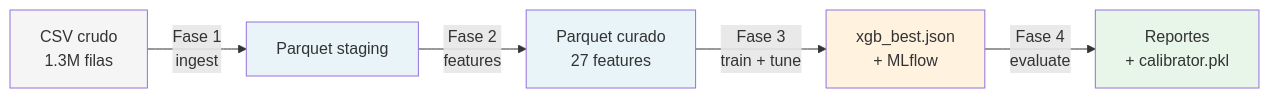
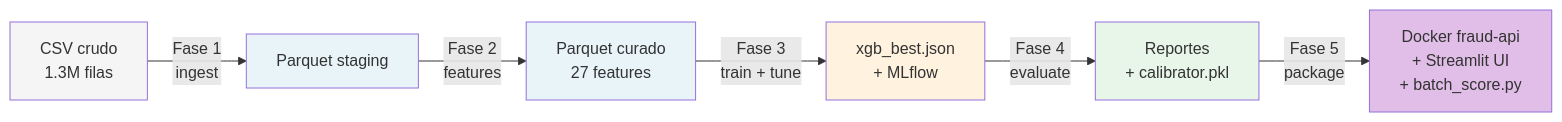
The first of 4 diagrams in docs/methodology.md (Nike2004A/fraud_transactions), drawn with Mermaid before and after one commit. The commit also changed other lines of this file and 27 other files, not shown here.

First line of the commit message:
Fase 5 — Packaging: API Docker + UI Streamlit + batch scoring

````diff
--- a/docs/methodology.md
+++ b/docs/methodology.md
@@ -7,13 +7,15 @@
 ```mermaid
 flowchart LR
     A[CSV crudo<br/>1.3M filas] -->|Fase 1<br/>ingest| B[Parquet staging]
     B -->|Fase 2<br/>features| C[Parquet curado<br/>27 features]
     C -->|Fase 3<br/>train + tune| D[xgb_best.json<br/>+ MLflow]
     D -->|Fase 4<br/>evaluate| E[Reportes<br/>+ calibrator.pkl]
+    E -->|Fase 5<br/>package| F[Docker fraud-api<br/>+ Streamlit UI<br/>+ batch_score.py]
 
     style A fill:#f5f5f5
     style B fill:#e8f4f8
     style C fill:#e8f4f8
     style D fill:#fff3e0
     style E fill:#e8f5e9
+    style F fill:#e1bee7
 ```
````
